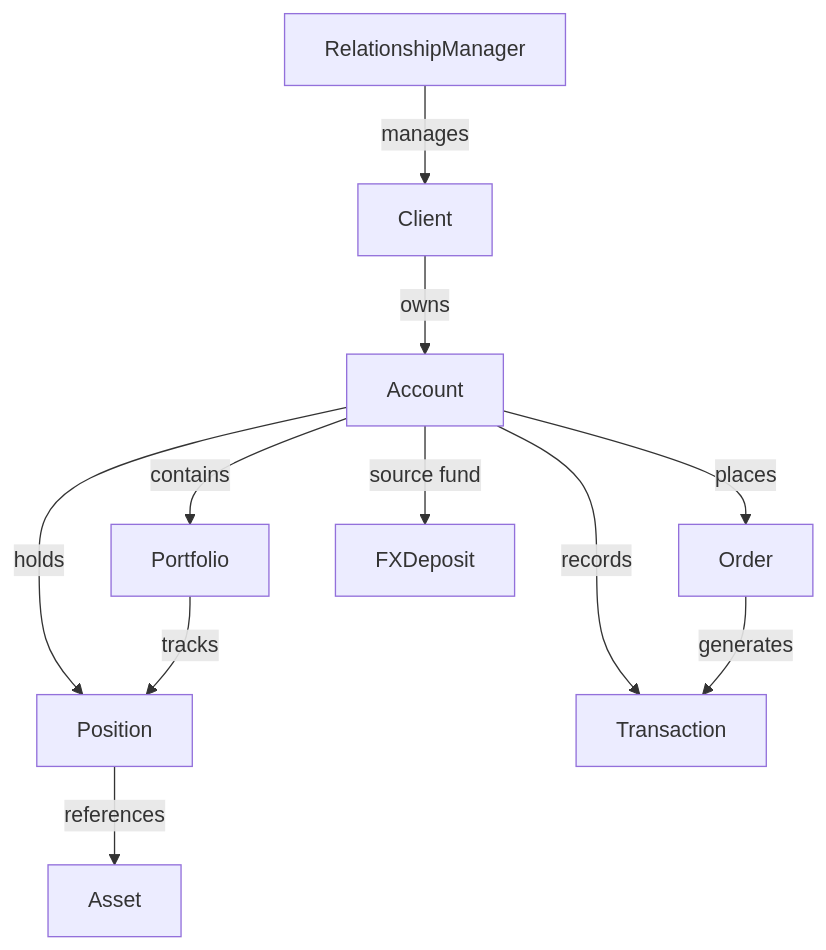
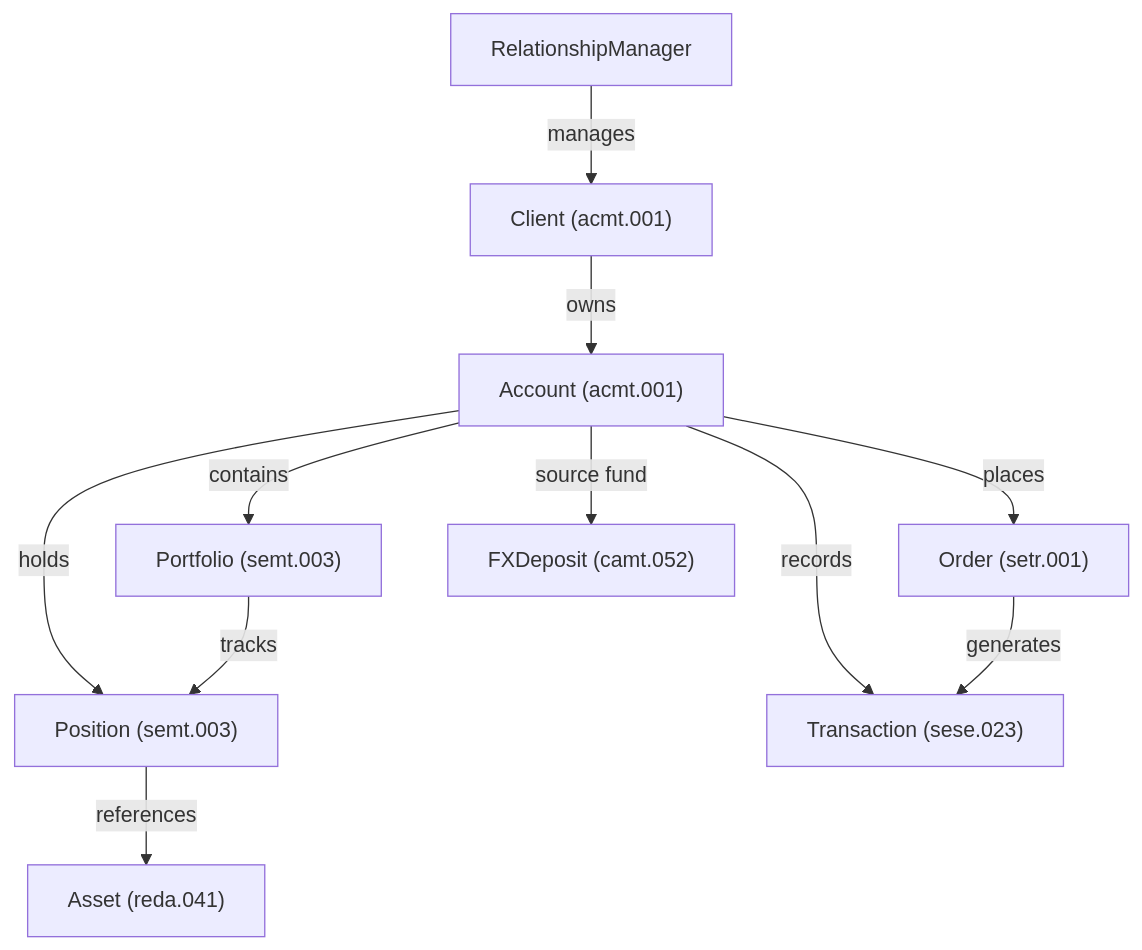
Before and after one commit to vahalla-wealth/investment-data: the diagram in docs/01-wealth-management-specification.md, drawn with Mermaid.

Commit message:
add ISO 20022 message reference mappings to wealth management entity relationship diagram

````diff
--- a/docs/01-wealth-management-specification.md
+++ b/docs/01-wealth-management-specification.md
@@ -35,13 +35,23 @@
 ```mermaid
 graph TD
-    RelationshipManager -->|manages| Client
-    Client -->|owns| Account
-    Account -->|contains| Portfolio
-    Account -->|holds| Position
-    Account -->|records| Transaction
-    Account -->|places| Order
-    Account -->|source fund| FXDeposit
-    Portfolio -->|tracks| Position
-    Order -->|generates| Transaction
-    Position -->|references| Asset
+    RM["RelationshipManager"]
+    CLI["Client (acmt.001)"]
+    ACC["Account (acmt.001)"]
+    PF["Portfolio (semt.003)"]
+    POS["Position (semt.003)"]
+    TXN["Transaction (sese.023)"]
+    ORD["Order (setr.001)"]
+    FXD["FXDeposit (camt.052)"]
+    AST["Asset (reda.041)"]
+
+    RM -->|manages| CLI
+    CLI -->|owns| ACC
+    ACC -->|contains| PF
+    ACC -->|holds| POS
+    ACC -->|records| TXN
+    ACC -->|places| ORD
+    ACC -->|source fund| FXD
+    PF -->|tracks| POS
+    ORD -->|generates| TXN
+    POS -->|references| AST
 ```
````
